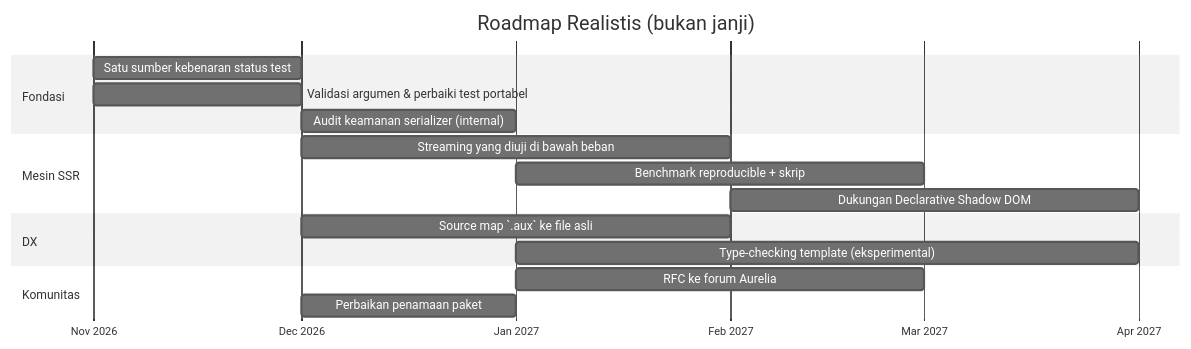
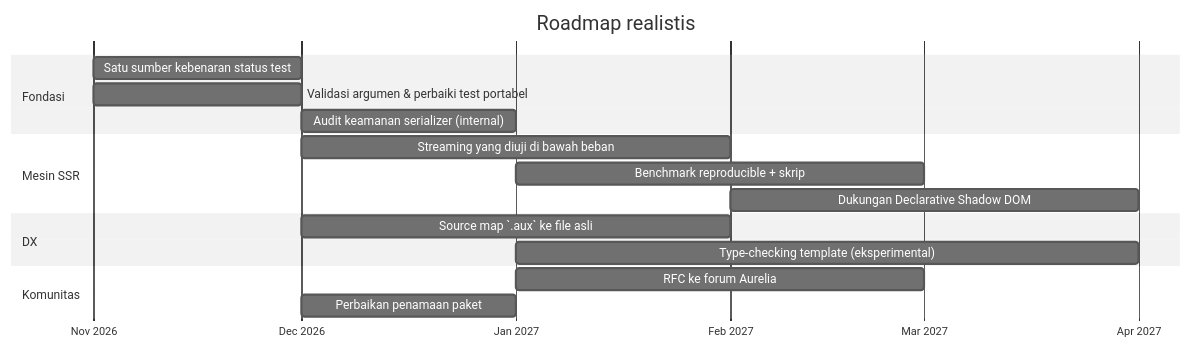
Before and after one commit to sandikodev/content: the third of 3 diagrams in posts/aureliajs-perjalanan-eksplorasi-dan-kontribusi.md, drawn with Mermaid (neutral theme). The commit also changed other lines of this file, not shown here.

````diff
--- a/posts/aureliajs-perjalanan-eksplorasi-dan-kontribusi.md
+++ b/posts/aureliajs-perjalanan-eksplorasi-dan-kontribusi.md
@@ -1545,24 +1543,24 @@
 ```mermaid
 gantt
-    title Roadmap Realistis (bukan janji)
+    title Roadmap realistis
     dateFormat YYYY-MM
     axisFormat %b %Y
 
     section Fondasi
     Satu sumber kebenaran status test        :a1, 2026-11, 1M
     Validasi argumen & perbaiki test portabel :a2, 2026-11, 1M
     Audit keamanan serializer (internal)      :a3, 2026-12, 1M
 
     section Mesin SSR
     Streaming yang diuji di bawah beban       :b1, 2026-12, 2M
     Benchmark reproducible + skrip            :b2, 2027-01, 2M
     Dukungan Declarative Shadow DOM           :b3, 2027-02, 2M
 
     section DX
     Source map `.aux` ke file asli            :c1, 2026-12, 2M
     Type-checking template (eksperimental)    :c2, 2027-01, 3M
 
     section Komunitas
     RFC ke forum Aurelia                      :d1, 2027-01, 2M
     Perbaikan penamaan paket                  :d2, 2026-12, 1M
 ```
````
